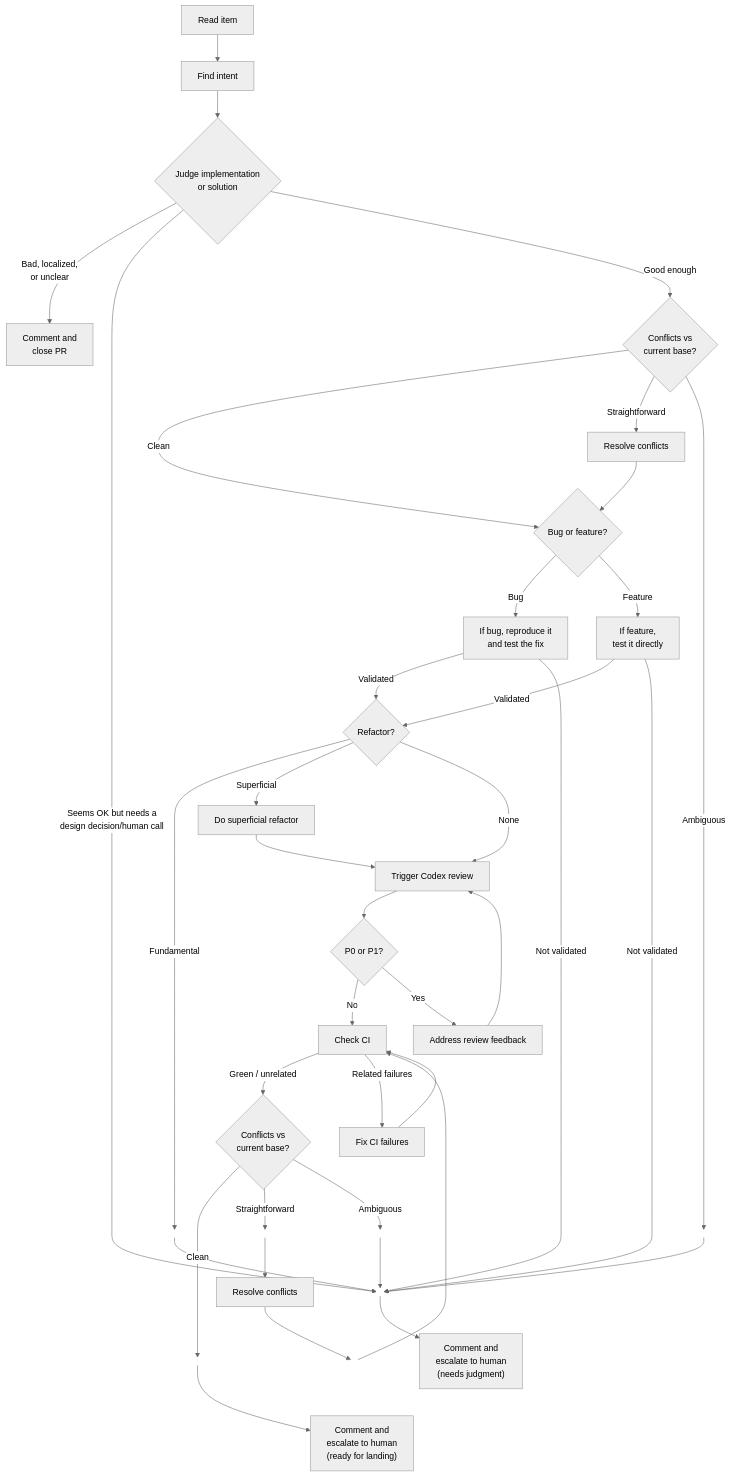
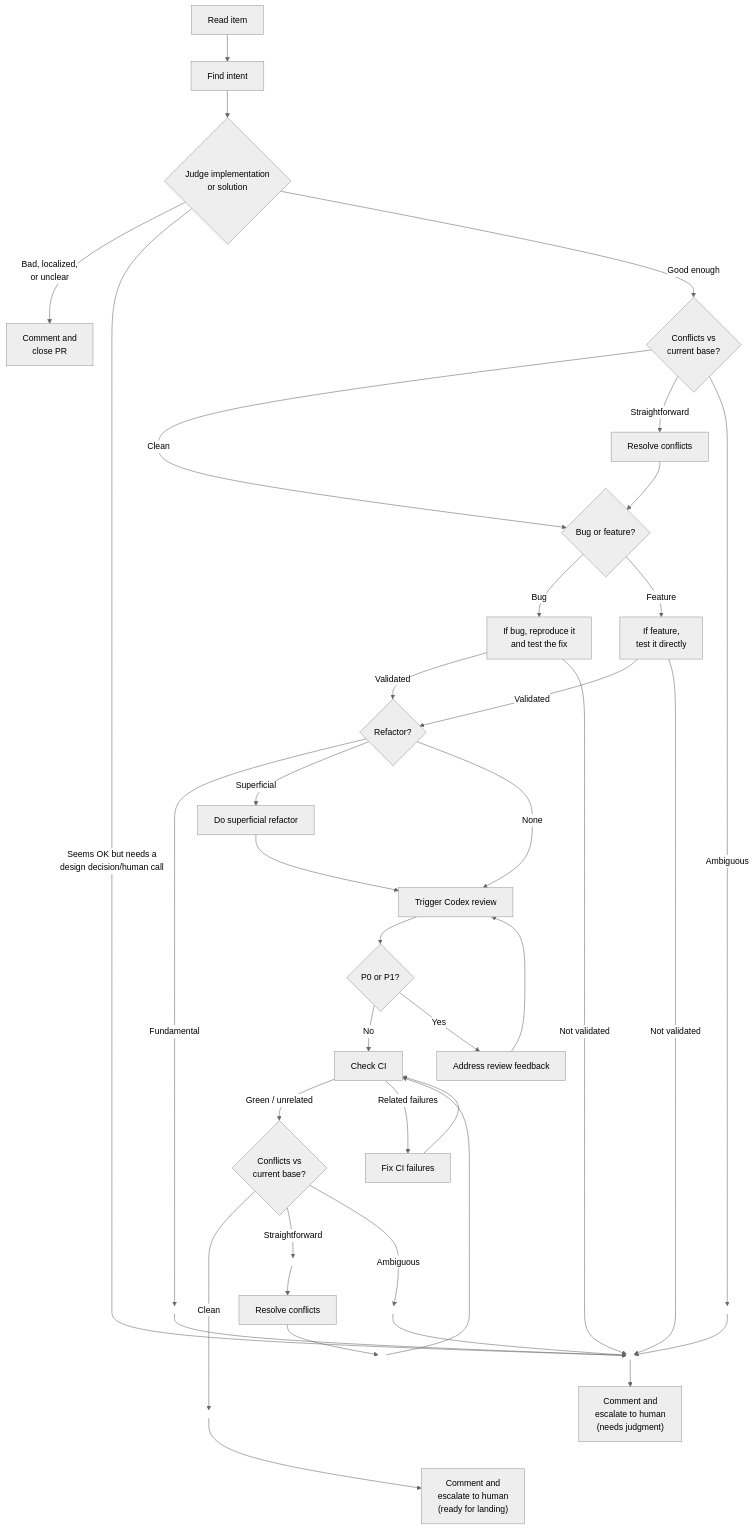
The diagram in examples/flows/pr-triage/README.md (openclaw/acpx), drawn with Mermaid (neutral theme) before and after one commit.

Commit message:
docs: restore exact chosen flowchart variant

````diff
--- a/examples/flows/pr-triage/README.md
+++ b/examples/flows/pr-triage/README.md
@@ -5,57 +5,58 @@
 ```mermaid
 flowchart TD
     classDef hidden fill:none,stroke:none,color:none,stroke-width:0px;
     A[Read item] --> B[Find intent]
     B --> C{"Judge implementation<br/>or solution"}
     Y(( ))
     YC(( ))
     YF(( ))
     QL(( ))
     QC(( ))
     QR(( ))
     BACK(( ))
     class Y,YC,YF,QL,QC,QR,BACK hidden
 
     C -->|"Bad, localized,<br/>or unclear"| D[Comment and<br/>close PR]
     C -->|"Seems OK but needs a<br/>design decision/human call"| Y
     C -->|Good enough| M{"Conflicts vs<br/>current base?"}
 
     M -->|Clean| V{Bug or feature?}
     M -->|Straightforward| O[Resolve conflicts]
     O --> V
     M -->|Ambiguous| YC
     YC --> Y
 
     V -->|Bug| P[If bug, reproduce it<br/>and test the fix]
     V -->|Feature| T[If feature,<br/>test it directly]
 
     P -->|Validated| F{Refactor?}
     T -->|Validated| F
     P -->|"Not validated"| Y
     T -->|"Not validated"| Y
 
     F -->|Fundamental| YF
     YF --> Y
     F -->|Superficial| R[Do superficial refactor]
     F -->|None| G[Trigger Codex review]
     R --> G
 
     G --> H{P0 or P1?}
     H -->|No| J[Check CI]
     H -->|Yes| I[Address review feedback]
     I --> G
     J -->|Green / unrelated| Q{"Conflicts vs<br/>current base?"}
     J -->|Related failures| L[Fix CI failures]
     L --> J
 
     Q -->|Clean| QL
     QL --> W["Comment and<br/>escalate to human<br/>(ready for landing)"]
     Q -->|Straightforward| QC
     QC --> U[Resolve conflicts]
     U --> BACK
     BACK --> J
     Q -->|Ambiguous| QR
     QR --> Y
     Y --> E["Comment and<br/>escalate to human<br/>(needs judgment)"]
     E ~~~ W
+    QC ~~~ QR
 ```
````
